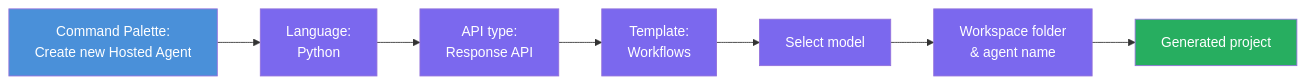
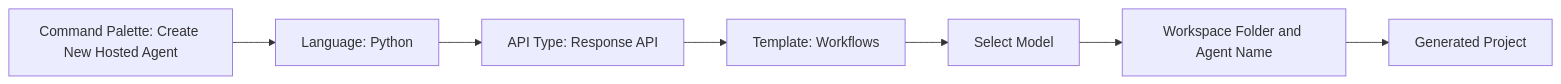
The diagram in workshop/lab02-multi-agent/docs/02-scaffold-multi-agent.md (MinHeinA/Foundry_Toolkit_for_VSCode_Lab), drawn with Mermaid before and after one commit. The commit also changed 4 other files, not shown here.

Commit message:
docs(lab02): normalize mermaid diagrams for reliable rendering

````diff
--- a/workshop/lab02-multi-agent/docs/02-scaffold-multi-agent.md
+++ b/workshop/lab02-multi-agent/docs/02-scaffold-multi-agent.md
@@ -13,22 +13,9 @@
 ```mermaid
 flowchart LR
-    A["Command Palette:
-Create new Hosted Agent"] --> B["Language:
-Python"]
-    B --> C["API type:
-Response API"]
-    C --> D["Template:
-Workflows"]
-    D --> E["Select model"]
-    E --> F["Workspace folder
-& agent name"]
-    F --> G["Generated project"]
-
-    style A fill:#4A90D9,color:#fff
-    style B fill:#7B68EE,color:#fff
-    style C fill:#7B68EE,color:#fff
-    style D fill:#7B68EE,color:#fff
-    style E fill:#7B68EE,color:#fff
-    style F fill:#7B68EE,color:#fff
-    style G fill:#27AE60,color:#fff
+    A[Command Palette: Create New Hosted Agent] --> B[Language: Python]
+    B --> C[API Type: Response API]
+    C --> D[Template: Workflows]
+    D --> E[Select Model]
+    E --> F[Workspace Folder and Agent Name]
+    F --> G[Generated Project]
 ```
````
